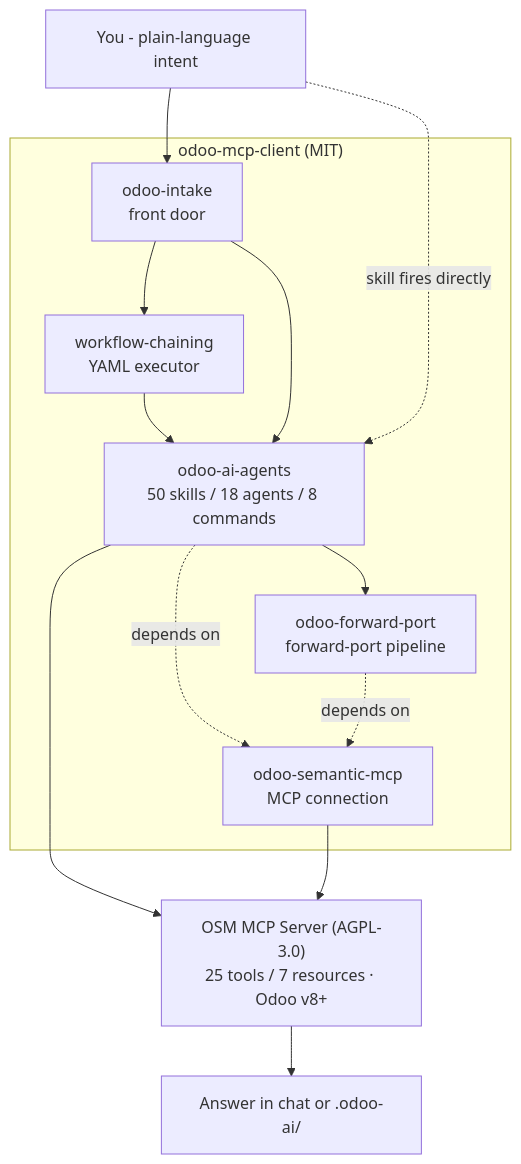
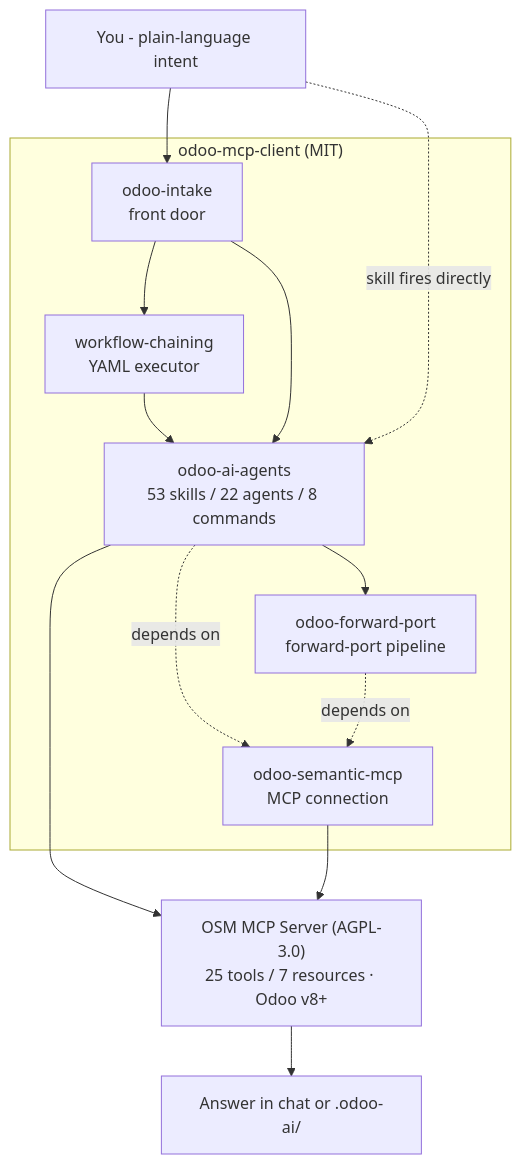
Before and after one commit to Viindoo/odoo-mcp-client: the diagram in README.md, drawn with Mermaid. The commit also changed other lines of this file and 27 other files, not shown here.

First line of the commit message:
feat(odoo-ai-agents): module packaging & documentation suite (icon, landing, user-guide, multi-locale, multi-module)

````diff
--- a/README.md
+++ b/README.md
@@ -13,26 +13,26 @@
 ```mermaid
 flowchart TD
     You["You - plain-language intent"]
 
     subgraph client["odoo-mcp-client (MIT)"]
         intake["odoo-intake<br/>front door"]
         wfrunner["workflow-chaining<br/>YAML executor"]
-        skills["odoo-ai-agents<br/>50 skills / 18 agents / 8 commands"]
+        skills["odoo-ai-agents<br/>53 skills / 22 agents / 8 commands"]
         fp["odoo-forward-port<br/>forward-port pipeline"]
         mcp["odoo-semantic-mcp<br/>MCP connection"]
         intake --> wfrunner --> skills
         intake --> skills
         skills --> fp
         skills -. depends on .-> mcp
         fp -. depends on .-> mcp
     end
 
     server["OSM MCP Server (AGPL-3.0)<br/>25 tools / 7 resources · Odoo v8+"]
     out["Answer in chat or .odoo-ai/"]
 
     You --> intake
     You -. "skill fires directly" .-> skills
     skills --> server
     mcp --> server
     server --> out
 ```
````
